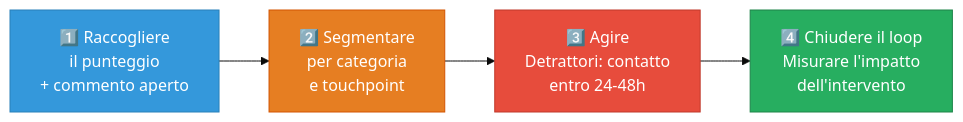
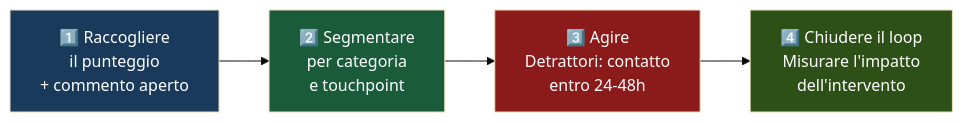
One commit to AndreyBertasini/gynnitech changed the third of 5 diagrams in src/content/corso/analisi-prodotto/nps-net-promoter-score.mdx. Above: the diagram before and after it, drawn with Mermaid (base theme). The commit also changed other lines of this file and 21 other files, not shown here.

First line of the commit message:
style: applica color scheme semantico a tutti i diagrammi Mermaid del corso

````diff
--- a/src/content/corso/analisi-prodotto/nps-net-promoter-score.mdx
+++ b/src/content/corso/analisi-prodotto/nps-net-promoter-score.mdx
@@ -103,10 +111,10 @@
 ```mermaid
 graph LR
     S1["1️⃣ Raccogliere\nil punteggio\n+ commento aperto"] --> S2["2️⃣ Segmentare\nper categoria\ne touchpoint"]
     S2 --> S3["3️⃣ Agire\nDetrattori: contatto\nentro 24-48h"]
     S3 --> S4["4️⃣ Chiudere il loop\nMisurare l'impatto\ndell'intervento"]
-    style S1 fill:#3498db,stroke:#2980b9,color:#fff
-    style S2 fill:#e67e22,stroke:#d35400,color:#fff
-    style S3 fill:#e74c3c,stroke:#c0392b,color:#fff
-    style S4 fill:#27ae60,stroke:#1e8449,color:#fff
+    style S1 fill:#1a3a5c,color:#ffffff
+    style S2 fill:#1a5c3a,color:#ffffff
+    style S3 fill:#8b1a1a,color:#ffffff
+    style S4 fill:#2d5016,color:#ffffff
 ```
````
